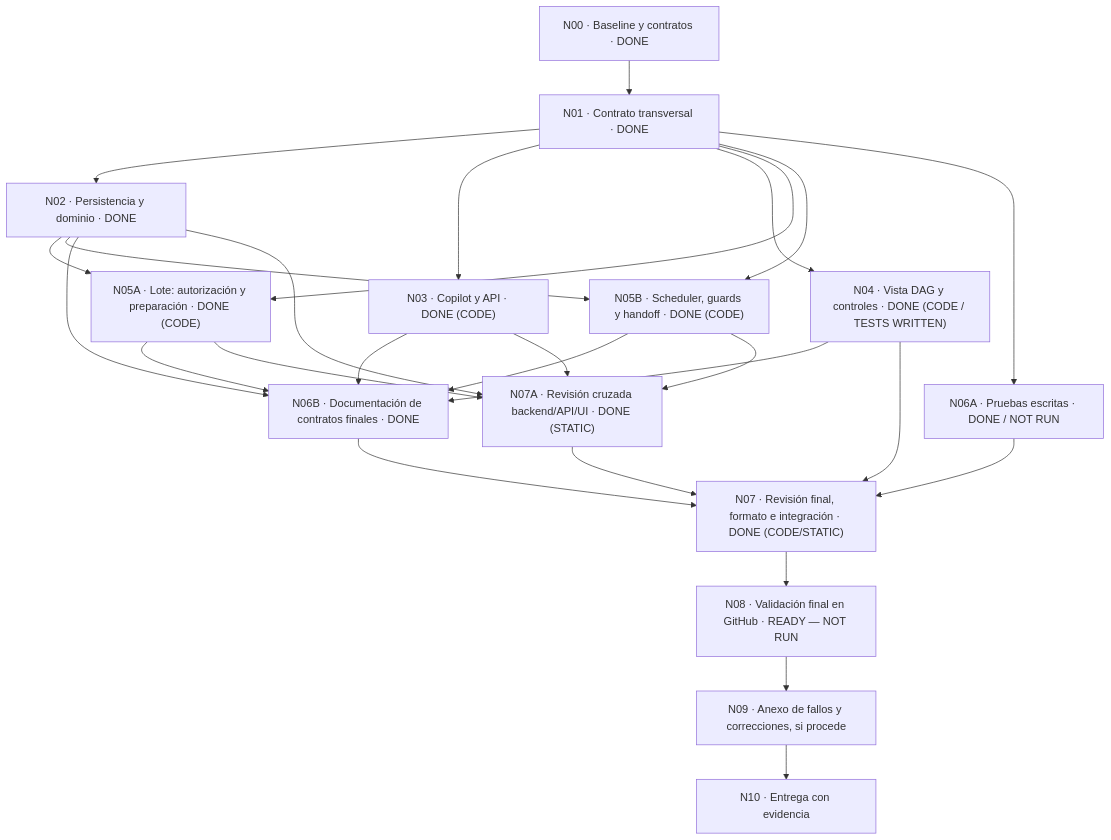
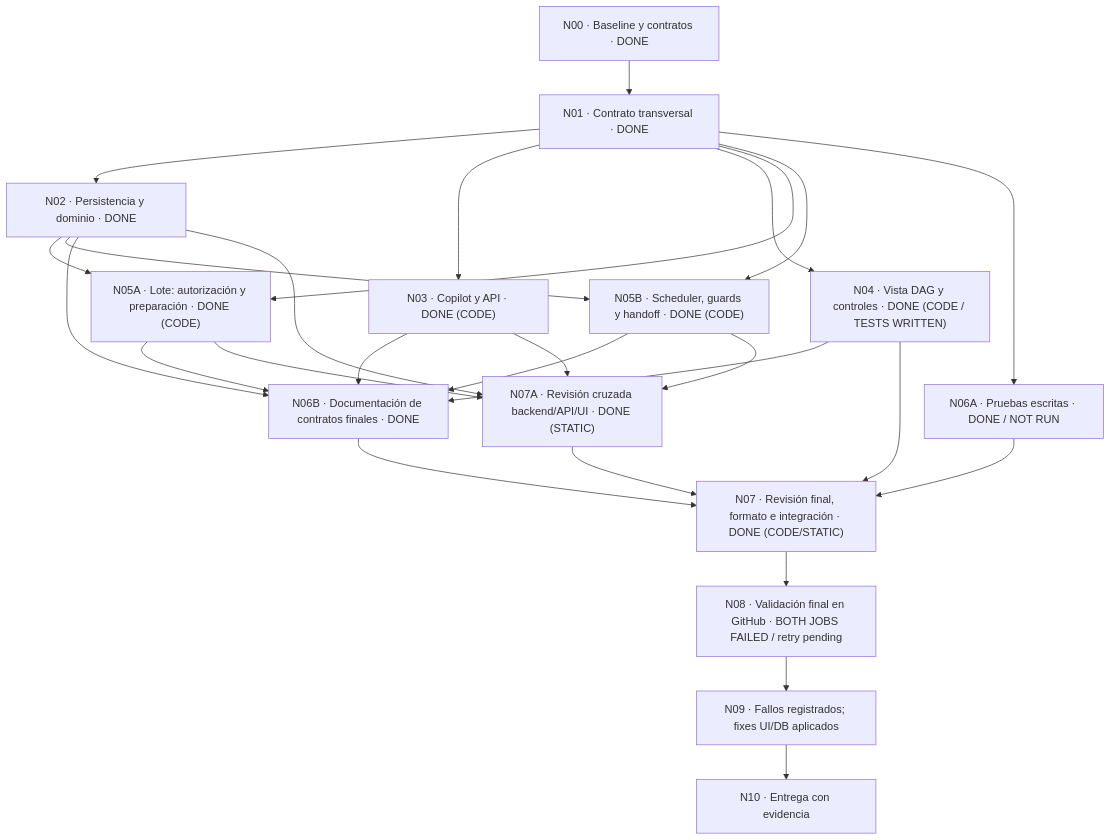
The diagram in docs/plans/project-dag-implementation.md (AlRos14/forge), drawn with Mermaid before and after one commit. The commit also changed other lines of this file and 3 other files, not shown here.

````diff
--- a/docs/plans/project-dag-implementation.md
+++ b/docs/plans/project-dag-implementation.md
@@ -61,28 +67,28 @@
 ```mermaid
 flowchart TD
     N00["N00 · Baseline y contratos · DONE"] --> N01["N01 · Contrato transversal · DONE"]
     N01 --> N02["N02 · Persistencia y dominio · DONE"]
     N01 --> N03["N03 · Copilot y API · DONE (CODE)"]
     N01 --> N04["N04 · Vista DAG y controles · DONE (CODE / TESTS WRITTEN)"]
     N01 --> N05A["N05A · Lote: autorización y preparación · DONE (CODE)"]
     N02 --> N05A
     N01 --> N05B["N05B · Scheduler, guards y handoff · DONE (CODE)"]
     N02 --> N05B
     N01 --> N06A["N06A · Pruebas escritas · DONE / NOT RUN"]
     N02 --> N06B["N06B · Documentación de contratos finales · DONE"]
     N03 --> N06B
     N04 --> N06B
     N05A --> N06B
     N05B --> N06B
     N02 --> N07A["N07A · Revisión cruzada backend/API/UI · DONE (STATIC)"]
     N03 --> N07A
     N05A --> N07A
     N05B --> N07A
     N07A --> N07["N07 · Revisión final, formato e integración · DONE (CODE/STATIC)"]
     N04 --> N07
     N06A --> N07
     N06B --> N07
-    N07 --> N08["N08 · Validación final en GitHub · READY — NOT RUN"]
-    N08 --> N09["N09 · Anexo de fallos y correcciones, si procede"]
+    N07 --> N08["N08 · Validación final en GitHub · BOTH JOBS FAILED / retry pending"]
+    N08 --> N09["N09 · Fallos registrados; fixes UI/DB aplicados"]
     N09 --> N10["N10 · Entrega con evidencia"]
 ```
````
